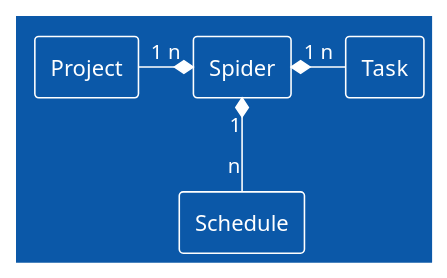
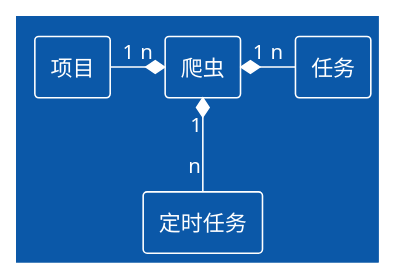
One commit to crawlab-team/crawlab-docs changed the second of 2 diagrams in docs/zh/guide/use-crawlab/basic-concepts/spider.md. Above: the diagram before and after it, drawn with PlantUML. The commit also changed other lines of this file and 1 other file, not shown here.

```diff
--- a/docs/zh/guide/use-crawlab/basic-concepts/spider.md
+++ b/docs/zh/guide/use-crawlab/basic-concepts/spider.md
@@ -72,13 +72,13 @@
 @startuml
 !theme amiga
 
-rectangle Spider
-rectangle Project
-rectangle Task
-rectangle Schedule
+rectangle "爬虫" as s
+rectangle "项目" as p
+rectangle "任务" as t
+rectangle "定时任务" as sch
 
-Spider "n" *-left- "1" Project
-Spider "1" *-right- "n" Task
-Spider "1" *-down- "n" Schedule
+s "n" *-left- "1" p
+s "1" *-right- "n" t
+s "1" *-down- "n" sch
 
 @enduml
```
